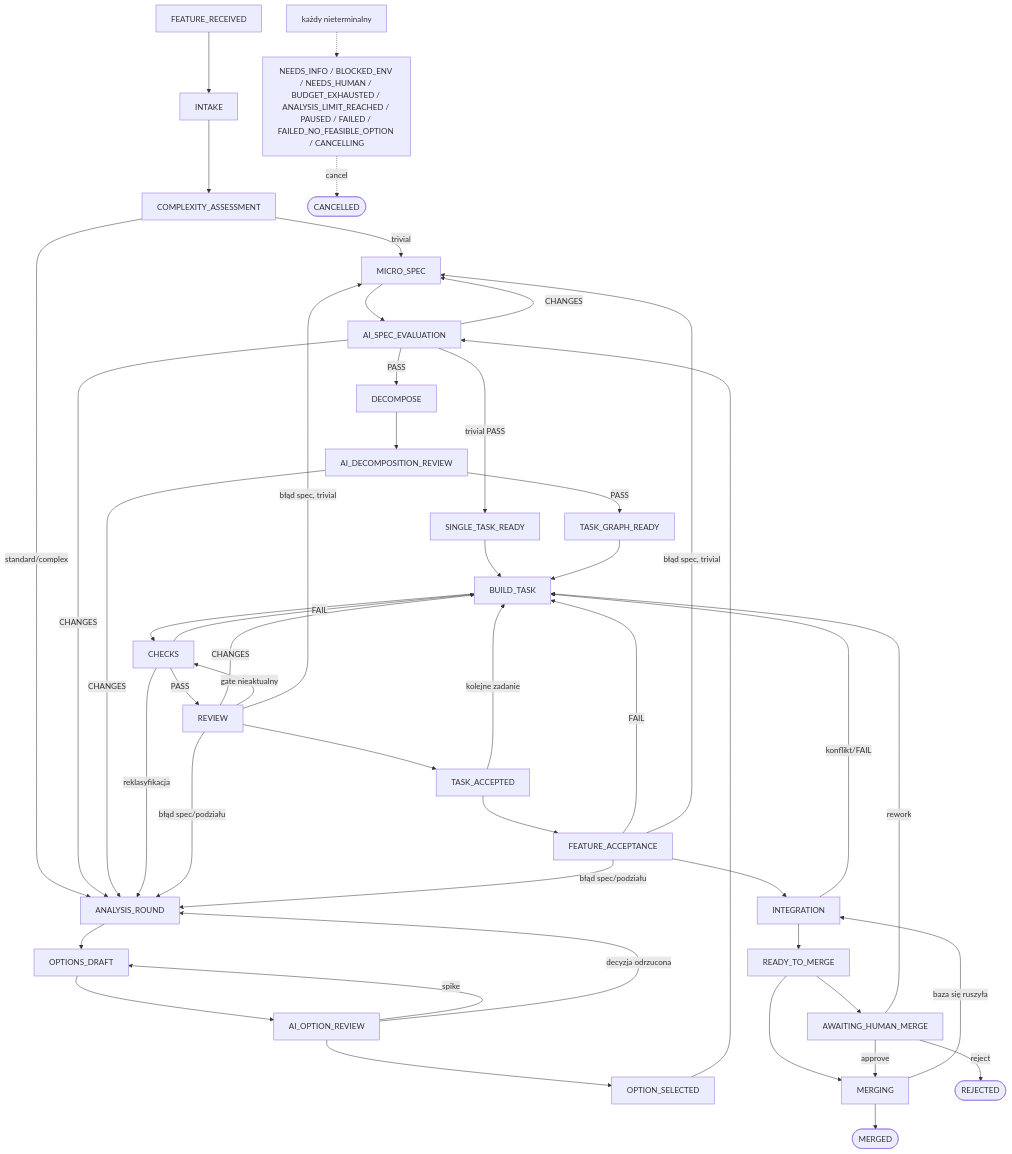
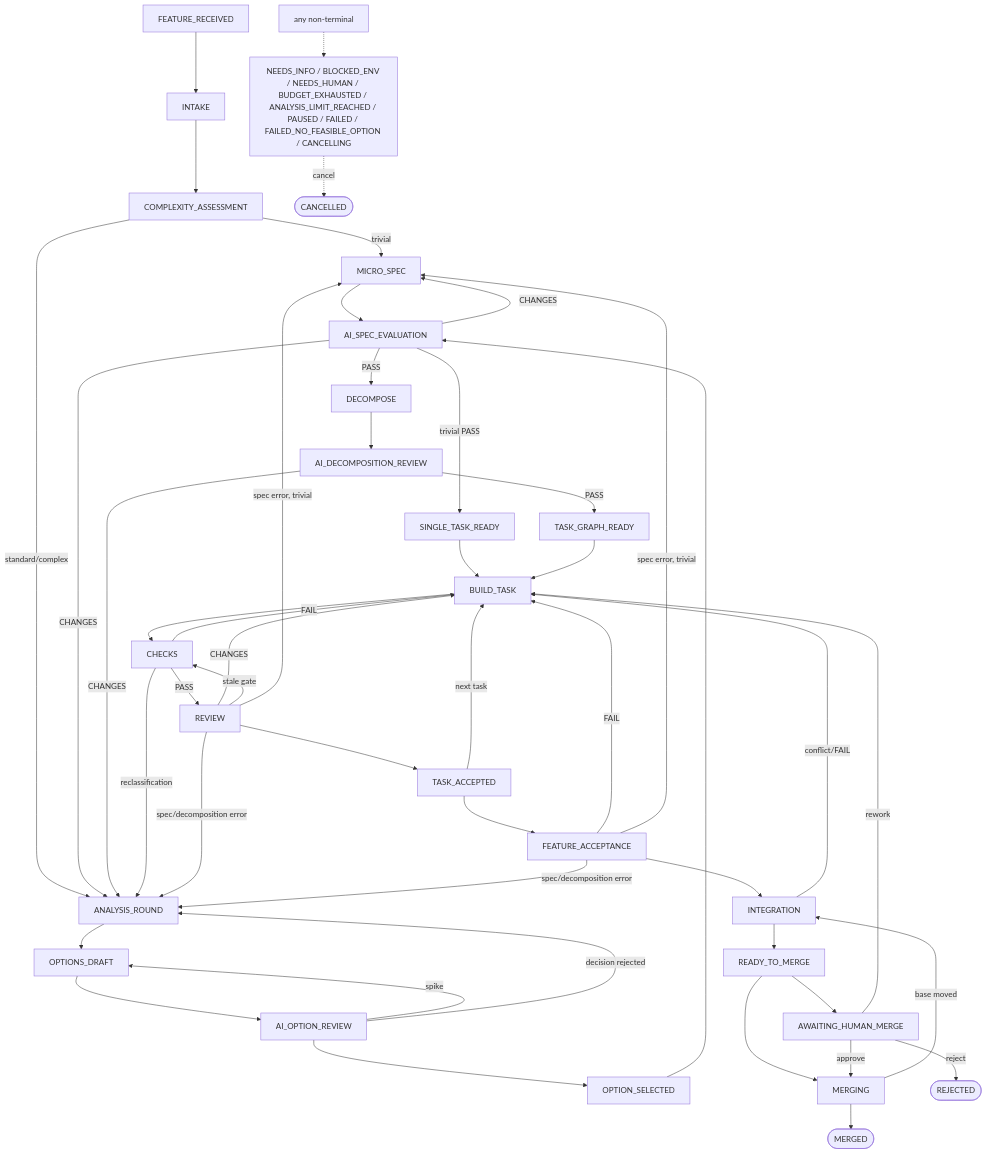
The diagram in docs/factory/architecture.md (JanFGreen/agents_factory), drawn with Mermaid before and after one commit. The commit also changed other lines of this file and 19 other files, not shown here.

````diff
--- a/docs/factory/architecture.md
+++ b/docs/factory/architecture.md
@@ -91,46 +91,46 @@
 ```mermaid
 flowchart TD
   FR[FEATURE_RECEIVED] --> IN[INTAKE] --> CA[COMPLEXITY_ASSESSMENT]
   CA -->|trivial| MS[MICRO_SPEC]
   CA -->|standard/complex| AR[ANALYSIS_ROUND]
   MS --> SE[AI_SPEC_EVALUATION]
   AR --> OD[OPTIONS_DRAFT] --> OR[AI_OPTION_REVIEW]
   OR -->|spike| OD
-  OR -->|decyzja odrzucona| AR
+  OR -->|decision rejected| AR
   OR --> OS[OPTION_SELECTED] --> SE
   SE -->|trivial PASS| STR[SINGLE_TASK_READY]
   SE -->|PASS| DC[DECOMPOSE]
   SE -->|CHANGES| MS
   SE -->|CHANGES| AR
   DC --> DR[AI_DECOMPOSITION_REVIEW]
   DR -->|PASS| TGR[TASK_GRAPH_READY]
   DR -->|CHANGES| AR
   STR --> BT[BUILD_TASK]
   TGR --> BT
   BT --> CH[CHECKS]
   CH -->|FAIL| BT
-  CH -->|reklasyfikacja| AR
+  CH -->|reclassification| AR
   CH -->|PASS| RV[REVIEW]
   RV -->|CHANGES| BT
-  RV -->|gate nieaktualny| CH
-  RV -->|błąd spec/podziału| AR
-  RV -->|błąd spec, trivial| MS
+  RV -->|stale gate| CH
+  RV -->|spec/decomposition error| AR
+  RV -->|spec error, trivial| MS
   RV --> TA[TASK_ACCEPTED]
-  TA -->|kolejne zadanie| BT
+  TA -->|next task| BT
   TA --> FA[FEATURE_ACCEPTANCE]
   FA -->|FAIL| BT
-  FA -->|błąd spec/podziału| AR
-  FA -->|błąd spec, trivial| MS
+  FA -->|spec/decomposition error| AR
+  FA -->|spec error, trivial| MS
   FA --> INT[INTEGRATION]
-  INT -->|konflikt/FAIL| BT
+  INT -->|conflict/FAIL| BT
   INT --> RTM[READY_TO_MERGE]
   RTM --> AHM[AWAITING_HUMAN_MERGE]
   RTM --> MG[MERGING]
   AHM -->|approve| MG
   AHM -->|rework| BT
   AHM -->|reject| REJ([REJECTED])
-  MG -->|baza się ruszyła| INT
+  MG -->|base moved| INT
   MG --> MD([MERGED])
-  X[każdy nieterminalny] -.-> SIDE[NEEDS_INFO / BLOCKED_ENV / NEEDS_HUMAN / BUDGET_EXHAUSTED / ANALYSIS_LIMIT_REACHED / PAUSED / FAILED / FAILED_NO_FEASIBLE_OPTION / CANCELLING]
+  X[any non-terminal] -.-> SIDE[NEEDS_INFO / BLOCKED_ENV / NEEDS_HUMAN / BUDGET_EXHAUSTED / ANALYSIS_LIMIT_REACHED / PAUSED / FAILED / FAILED_NO_FEASIBLE_OPTION / CANCELLING]
   SIDE -.->|cancel| CC([CANCELLED])
 ```
````
